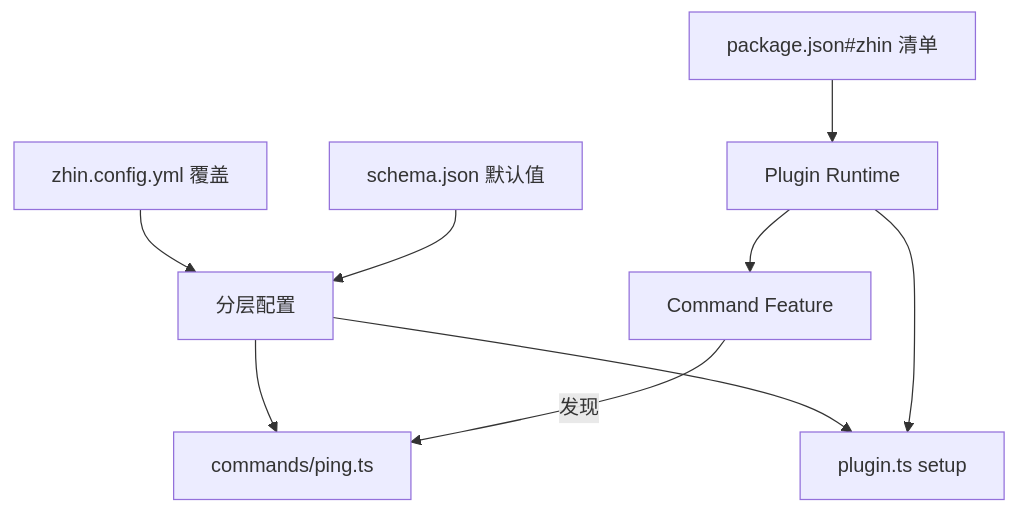
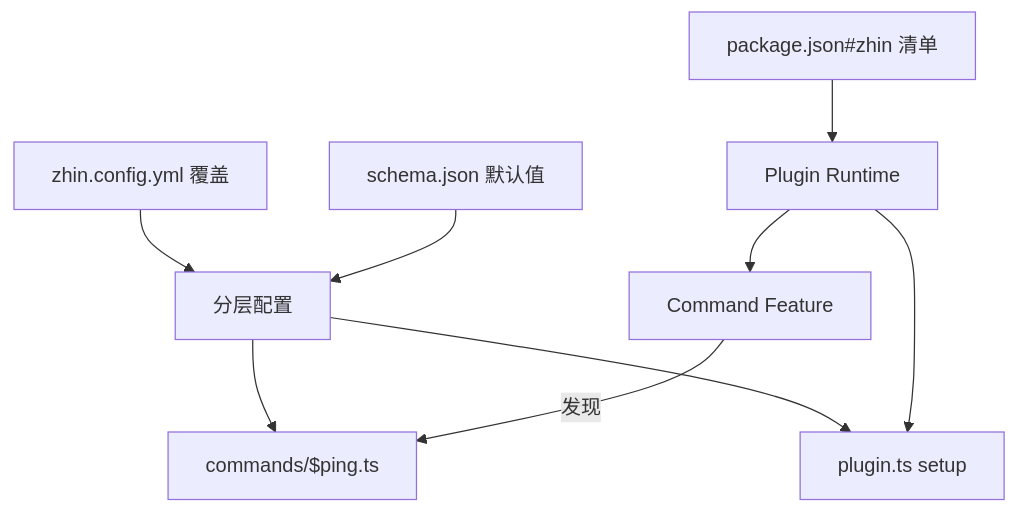
Before and after one commit to zhinjs/zhin: the diagram in docs/getting-started/first-plugin.md, drawn with Mermaid. The commit also changed other lines of this file and 669 other files, not shown here.

````diff
--- a/docs/getting-started/first-plugin.md
+++ b/docs/getting-started/first-plugin.md
@@ -184,11 +184,11 @@
 ```mermaid
 flowchart TD
   M[package.json#zhin 清单] --> R[Plugin Runtime]
   R --> F[Command Feature]
-  F -->|发现| C[commands/ping.ts]
+  F -->|发现| C[commands/$ping.ts]
   R --> E[plugin.ts setup]
   S[schema.json 默认值] --> CFG[分层配置]
   Y[zhin.config.yml 覆盖] --> CFG
   CFG --> E
   CFG --> C
 ```
````
